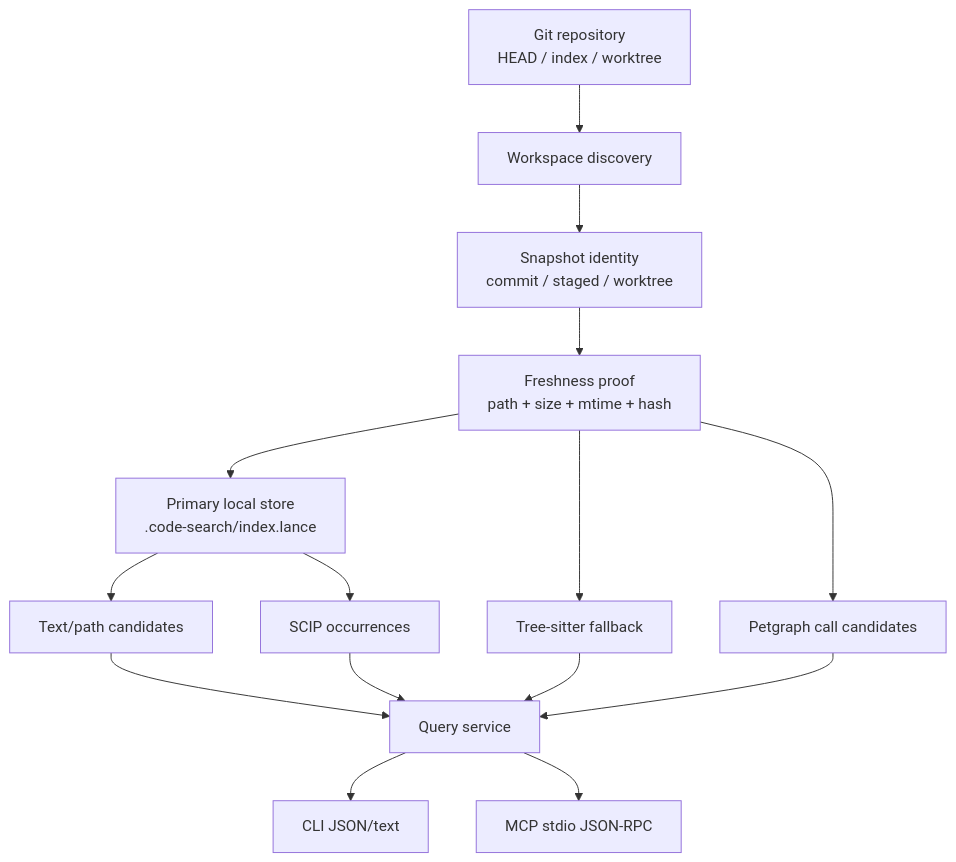
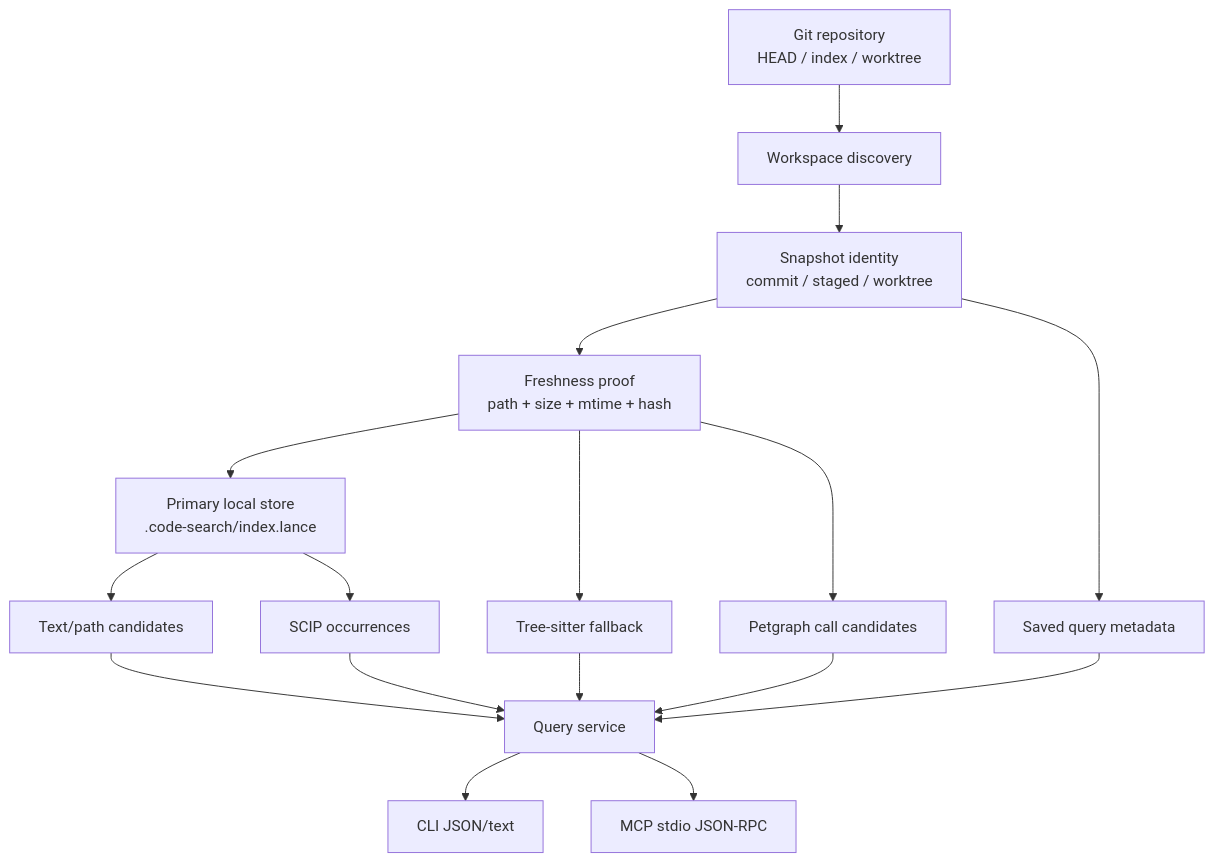
One commit to mars167/CodeTrail changed the first of 6 diagrams in docs/01-architecture.md. Above: the diagram before and after it, drawn with Mermaid. The commit also changed other lines of this file and 4 other files, not shown here.

````diff
--- a/docs/01-architecture.md
+++ b/docs/01-architecture.md
@@ -7,19 +7,21 @@
 ```mermaid
 flowchart TB
   Git["Git repository\nHEAD / index / worktree"] --> WS["Workspace discovery"]
   WS --> Snap["Snapshot identity\ncommit / staged / worktree"]
   Snap --> Fresh["Freshness proof\npath + size + mtime + hash"]
 
   Fresh --> Store["Primary local store\n.code-search/index.lance"]
   Store --> Text["Text/path candidates"]
   Store --> Occ["SCIP occurrences"]
   Fresh --> Parser["Tree-sitter fallback"]
   Fresh --> G["Petgraph call candidates"]
+  Snap --> Saved["Saved query metadata"]
 
   Text --> Query["Query service"]
   Occ --> Query
   Parser --> Query
   G --> Query
+  Saved --> Query
   Query --> CLI["CLI JSON/text"]
   Query --> MCP["MCP stdio JSON-RPC"]
 ```
````
